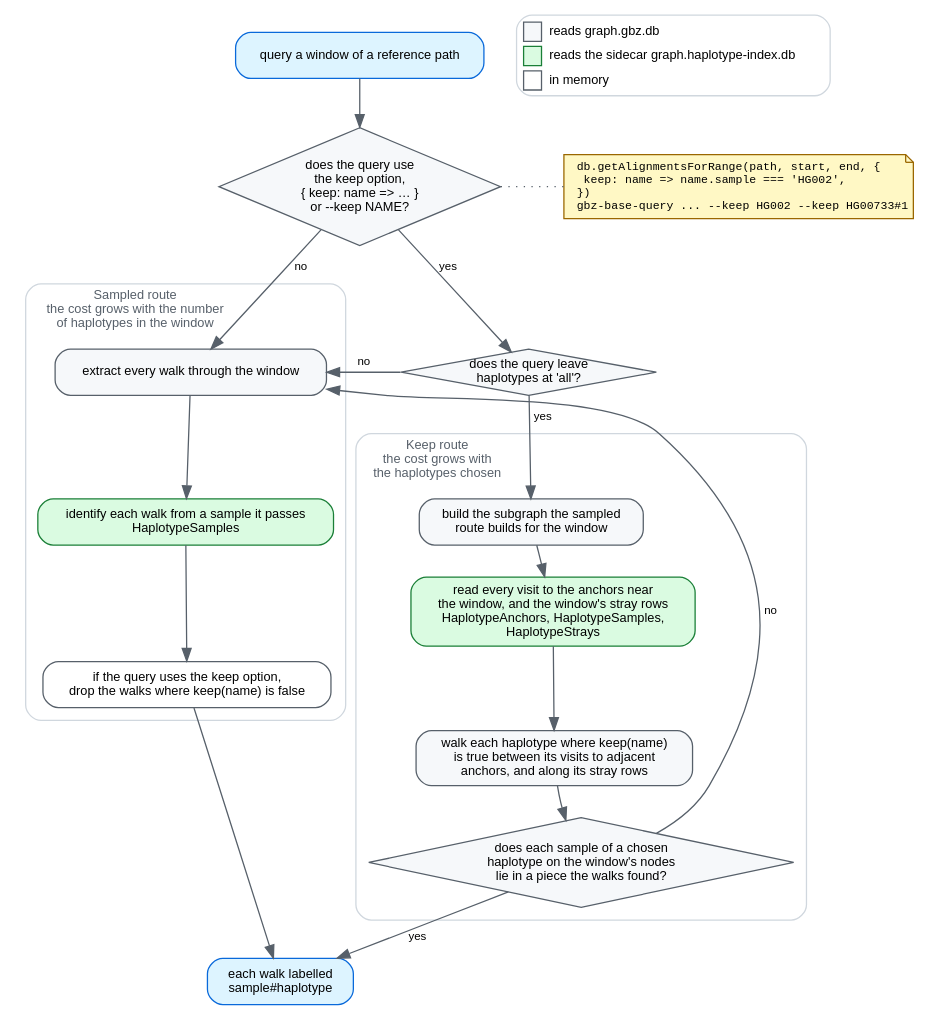
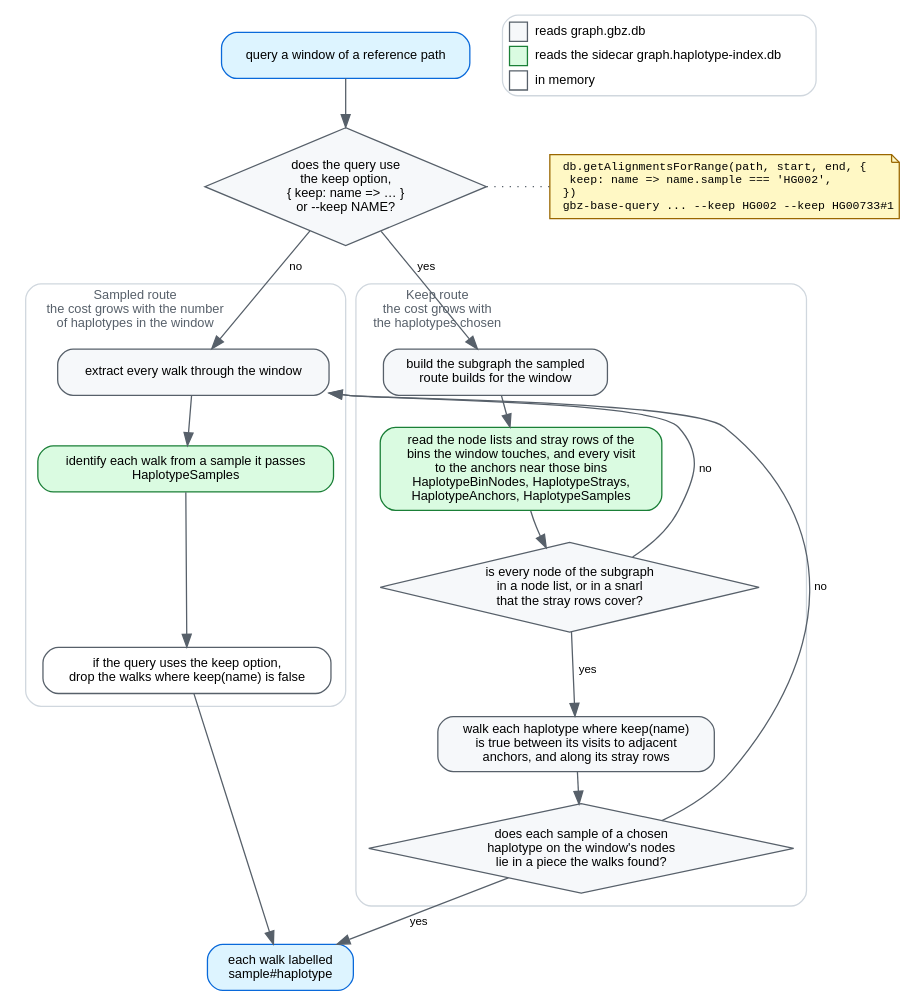
The diagram in docs/img/naming-routes.dot (GMOD/gbz-base-js), drawn with Graphviz before and after one commit. The commit also changed 21 other files, not shown here.

First line of the commit message:
Twins from reverse samples in the window, crate 0.2.0, fixture rebuild script

```diff
--- a/docs/img/naming-routes.dot
+++ b/docs/img/naming-routes.dot
@@ -1,76 +1,77 @@
 // Source for docs/img/naming-routes.svg, which docs/haplotype-index.md embeds.
 // Regenerate with: dot -Tsvg docs/img/naming-routes.dot -o docs/img/naming-routes.svg
 // Palette matches dataflow.dot.
 //
 // Main paths only. The keep route's checks are one decision node here, and
 // haplotype-index.md lists them.
 digraph namingroutes {
   rankdir=TB
   bgcolor="white"
   nodesep=0.35
   ranksep=0.32
   newrank=true
   node [shape=box style="filled,rounded" fillcolor="#f6f8fa" color="#57606a"
         fontname="Helvetica" fontsize=10 margin="0.14,0.07"]
   edge [color="#57606a" fontname="Helvetica" fontsize=9]
 
   query  [label="query a window of a reference path" fillcolor="#ddf4ff" color="#0969da"]
   choose [label="does the query use\nthe keep option,\n{ keep: name => … }\nor --keep NAME?" shape=diamond style=filled margin="0.02,0.02"]
-  anchors [label="does the query leave\nhaplotypes at 'all'?" shape=diamond style=filled margin="0.02,0.02"]
   how    [label="db.getAlignmentsForRange(path, start, end, {\l  keep: name => name.sample === 'HG002',\l})\lgbz-base-query ... --keep HG002 --keep HG00733#1\l"
           shape=note fontname="Courier" fontsize=9 fillcolor="#fff8c5" color="#9a6700"]
   { rank=same; choose; how }
   choose -> how [style=dotted arrowhead=none]
   out    [label="each walk labelled\nsample#haplotype" fillcolor="#ddf4ff" color="#0969da"]
 
   legend [shape=plaintext style="" margin=0 label=<
     <table border="1" color="#d0d7de" cellborder="0" cellspacing="4" cellpadding="2" style="rounded">
       <tr><td border="1" bgcolor="#f6f8fa" color="#57606a" width="14"></td><td align="left">reads graph.gbz.db</td></tr>
       <tr><td border="1" bgcolor="#dafbe1" color="#1a7f37" width="14"></td><td align="left">reads the sidecar graph.haplotype-index.db</td></tr>
       <tr><td border="1" bgcolor="white" color="#57606a" width="14"></td><td align="left">in memory</td></tr>
     </table>>]
   { rank=same; query; legend }
 
   query -> choose
 
   subgraph cluster_sampled {
     label="Sampled route\nthe cost grows with the number\nof haplotypes in the window"
     labelloc="t"
     labeljust="l"
     fontname="Helvetica"
     fontsize=10
     fontcolor="#57606a"
     color="#d0d7de"
     style="rounded"
     margin=10
     s1 [label="extract every walk through the window"]
     s2 [label="identify each walk from a sample it passes\nHaplotypeSamples" fillcolor="#dafbe1" color="#1a7f37"]
     s3 [label="if the query uses the keep option,\ndrop the walks where keep(name) is false" fillcolor="white"]
     s1 -> s2 -> s3
   }
 
   subgraph cluster_keep {
     label="Keep route\nthe cost grows with\nthe haplotypes chosen"
     labelloc="t"
     labeljust="l"
     fontname="Helvetica"
     fontsize=10
     fontcolor="#57606a"
     color="#d0d7de"
     style="rounded"
     margin=10
     k1 [label="build the subgraph the sampled\nroute builds for the window"]
-    k2 [label="read every visit to the anchors near\nthe window, and the window's stray rows\nHaplotypeAnchors, HaplotypeSamples,\nHaplotypeStrays" fillcolor="#dafbe1" color="#1a7f37"]
-    k3 [label="walk each haplotype where keep(name)\nis true between its visits to adjacent\nanchors, and along its stray rows"]
-    k4 [label="does each sample of a chosen\nhaplotype on the window's nodes\nlie in a piece the walks found?" shape=diamond style=filled margin="0.02,0.02"]
-    k1 -> k2 -> k3 -> k4
+    k2 [label="read the node lists and stray rows of the\nbins the window touches, and every visit\nto the anchors near those bins\nHaplotypeBinNodes, HaplotypeStrays,\nHaplotypeAnchors, HaplotypeSamples" fillcolor="#dafbe1" color="#1a7f37"]
+    k3 [label="is every node of the subgraph\nin a node list, or in a snarl\nthat the stray rows cover?" shape=diamond style=filled margin="0.02,0.02"]
+    k4 [label="walk each haplotype where keep(name)\nis true between its visits to adjacent\nanchors, and along its stray rows"]
+    k5 [label="does each sample of a chosen\nhaplotype on the window's nodes\nlie in a piece the walks found?" shape=diamond style=filled margin="0.02,0.02"]
+    k1 -> k2 -> k3
+    k3 -> k4 [label=" yes "]
+    k4 -> k5
   }
 
   choose -> s1 [label=" no "]
-  choose -> anchors [label=" yes "]
-  anchors -> s1 [label=" no " constraint=false]
-  anchors -> k1 [label=" yes "]
-  k4 -> s1 [label=" no " constraint=false]
+  choose -> k1 [label=" yes "]
+  k3 -> s1 [label=" no " constraint=false]
+  k5 -> s1 [label=" no " constraint=false]
   s3 -> out
-  k4 -> out [label=" yes "]
+  k5 -> out [label=" yes "]
 }
```
